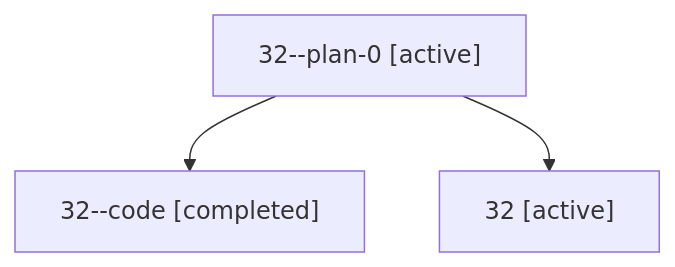
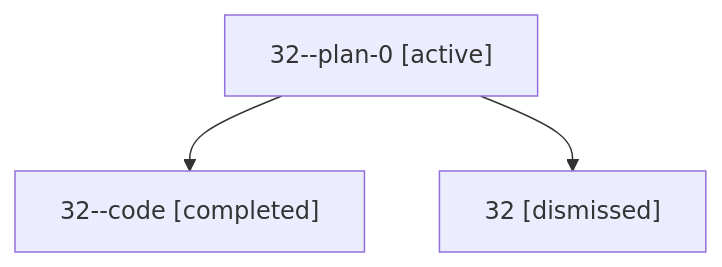
One commit to sase-org/sase--agents changed the diagram in sessions/bbugyi200.athena.32.md. Above: the diagram before and after it, drawn with Mermaid. The commit also changed other lines of this file and 32 other files, not shown here.

````diff
--- a/sessions/bbugyi200.athena.32.md
+++ b/sessions/bbugyi200.athena.32.md
@@ -9,8 +9,8 @@
 ```mermaid
 flowchart TD
   n0["32--plan-0 [active]"]
   n1["32--code [completed]"]
   n0 --> n1
-  n2["32 [active]"]
+  n2["32 [dismissed]"]
   n0 --> n2
 ```
````
